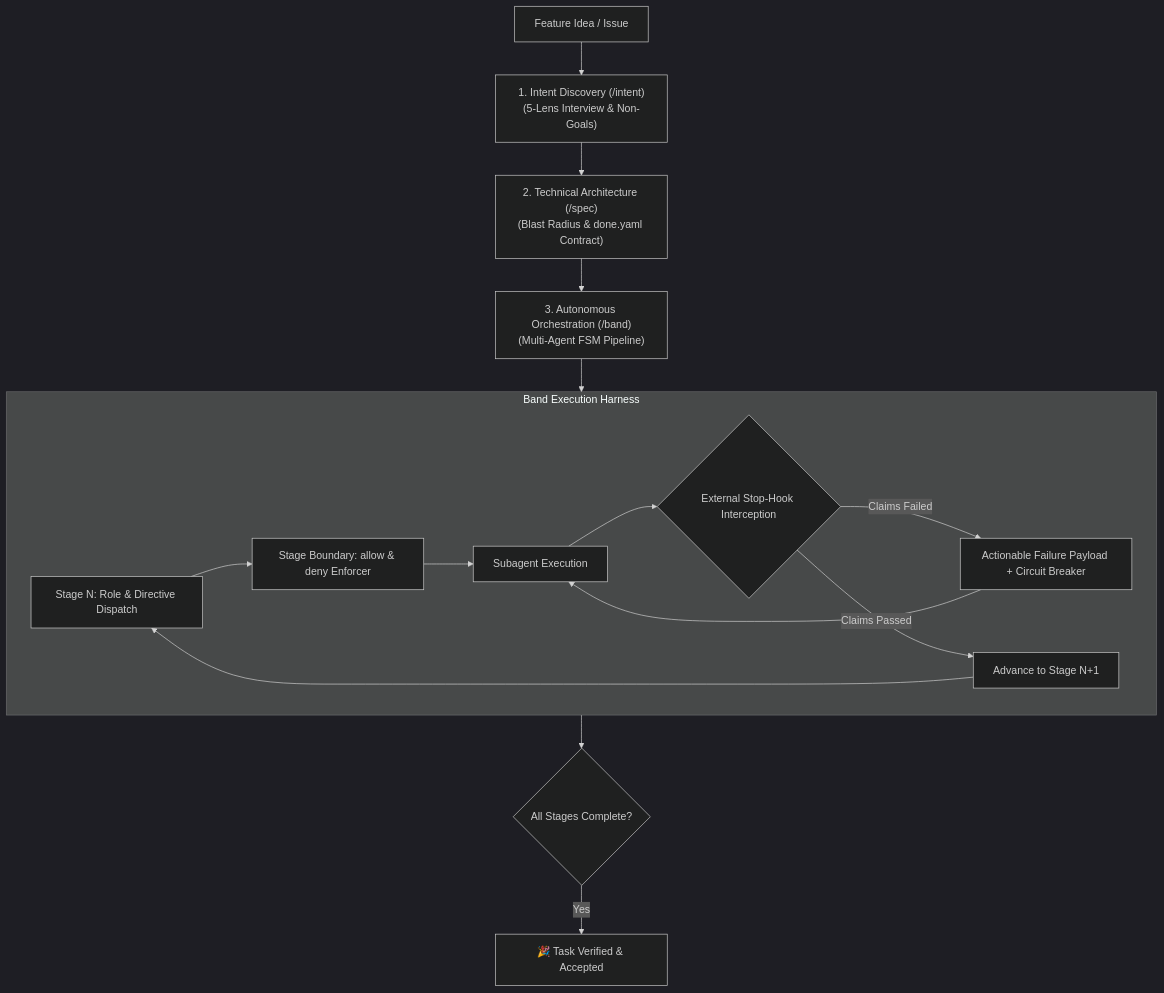
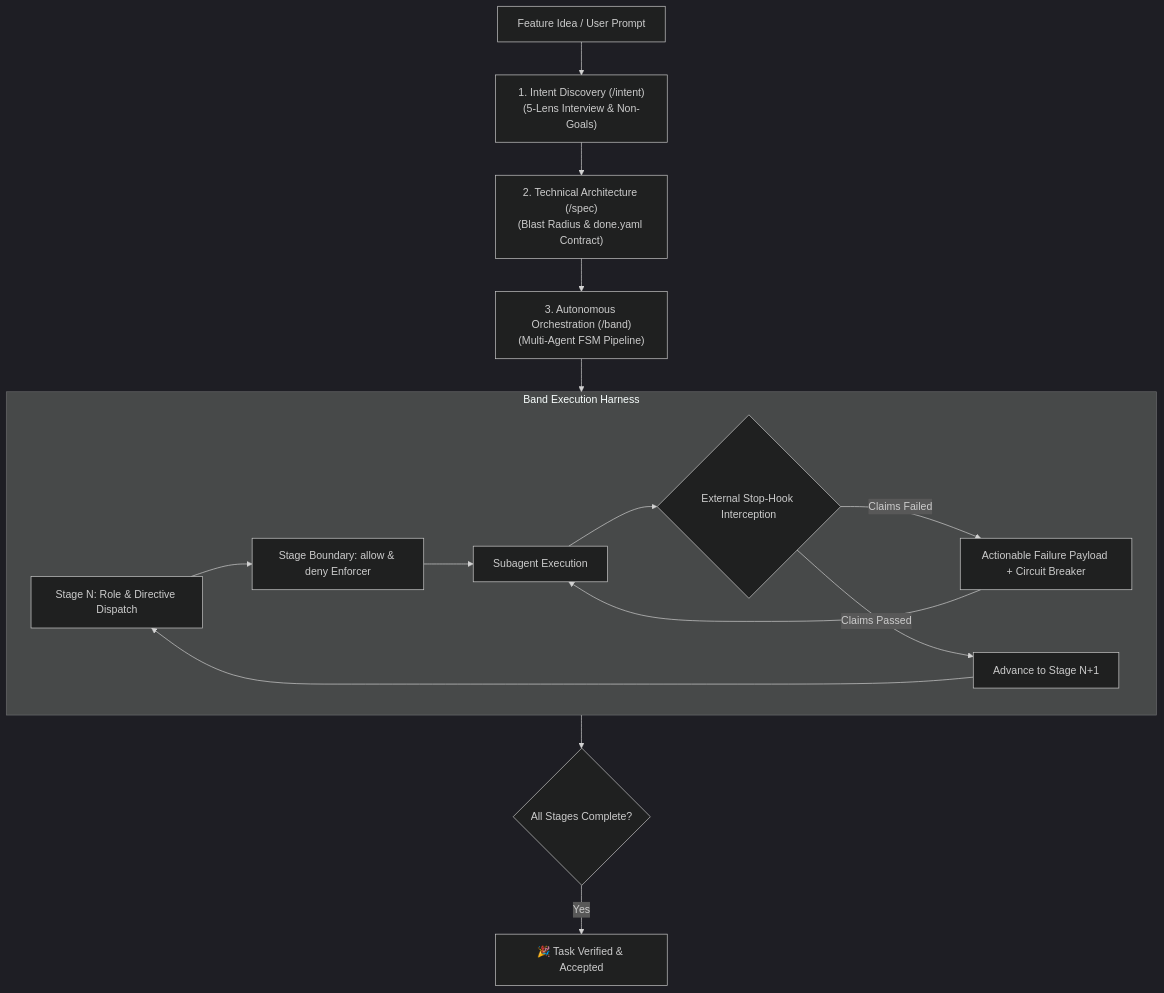
Before and after one commit to jiva-studio/band: the first of 2 diagrams in README.md, drawn with Mermaid (dark theme). The commit also changed other lines of this file, not shown here.

Commit message:
docs: convert lifecycle to Mermaid diagram, add Anthropic research citations, and streamline developer workflow

````diff
--- a/README.md
+++ b/README.md
@@ -7,23 +7,23 @@
 ```mermaid
 flowchart TD
-    UserReq["Feature Idea / Issue"] --> Intent["1. Intent Discovery (/intent)
+    UserReq["Feature Idea / User Prompt"] --> Intent["1. Intent Discovery (/intent)
 (5-Lens Interview & Non-Goals)"]
     Intent --> Spec["2. Technical Architecture (/spec)
 (Blast Radius & done.yaml Contract)"]
     Spec --> Band["3. Autonomous Orchestration (/band)
 (Multi-Agent FSM Pipeline)"]
 
     subgraph FSM_Loop["Band Execution Harness"]
         StageInit["Stage N: Role & Directive Dispatch"] --> Sandbox["Stage Boundary: allow & deny Enforcer"]
         Sandbox --> AgentExec["Subagent Execution"]
         AgentExec --> StopHook{"External Stop-Hook Interception"}
         StopHook -- "Claims Failed" --> FailureFeedback["Actionable Failure Payload + Circuit Breaker"]
         FailureFeedback --> AgentExec
         StopHook -- "Claims Passed" --> Advance["Advance to Stage N+1"]
         Advance --> StageInit
     end
 
     Band --> FSM_Loop
     FSM_Loop --> TerminalGate{"All Stages Complete?"}
     TerminalGate -- Yes --> Verified["🎉 Task Verified & Accepted"]
 ```
````
